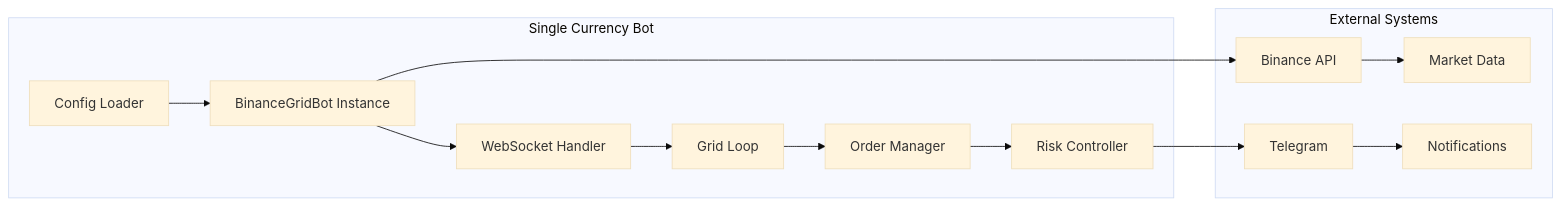
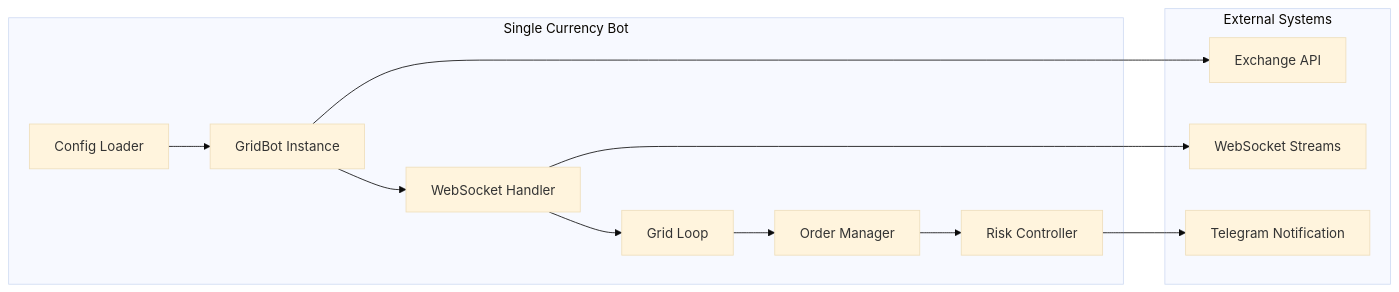
The second of 4 diagrams in README.md (aoooeg/AS-Grid), drawn with Mermaid (base theme) before and after one commit. The commit also changed other lines of this file and 1 other file, not shown here.

Commit message:
Optimize Mermaid diagrams: improve readability and structure

````diff
--- a/README.md
+++ b/README.md
@@ -101,18 +107,20 @@
 ```mermaid
-graph LR
-    subgraph "Single Currency Bot"
-        A1[Config Loader] --> B1[BinanceGridBot Instance]
+flowchart LR
+    subgraph Single["Single Currency Bot"]
+        A1[Config Loader] --> B1[GridBot Instance]
         B1 --> C1[WebSocket Handler]
         C1 --> D1[Grid Loop]
         D1 --> E1[Order Manager]
         E1 --> F1[Risk Controller]
     end
-    
-    subgraph "External Systems"
-        G1[Binance API] --> H1[Market Data]
-        I1[Telegram] --> J1[Notifications]
+
+    subgraph External["External Systems"]
+        G1[Exchange API]
+        H1[WebSocket Streams]
+        I1[Telegram Notification]
     end
-    
+
     B1 --> G1
+    C1 --> H1
     F1 --> I1
 ```
````
